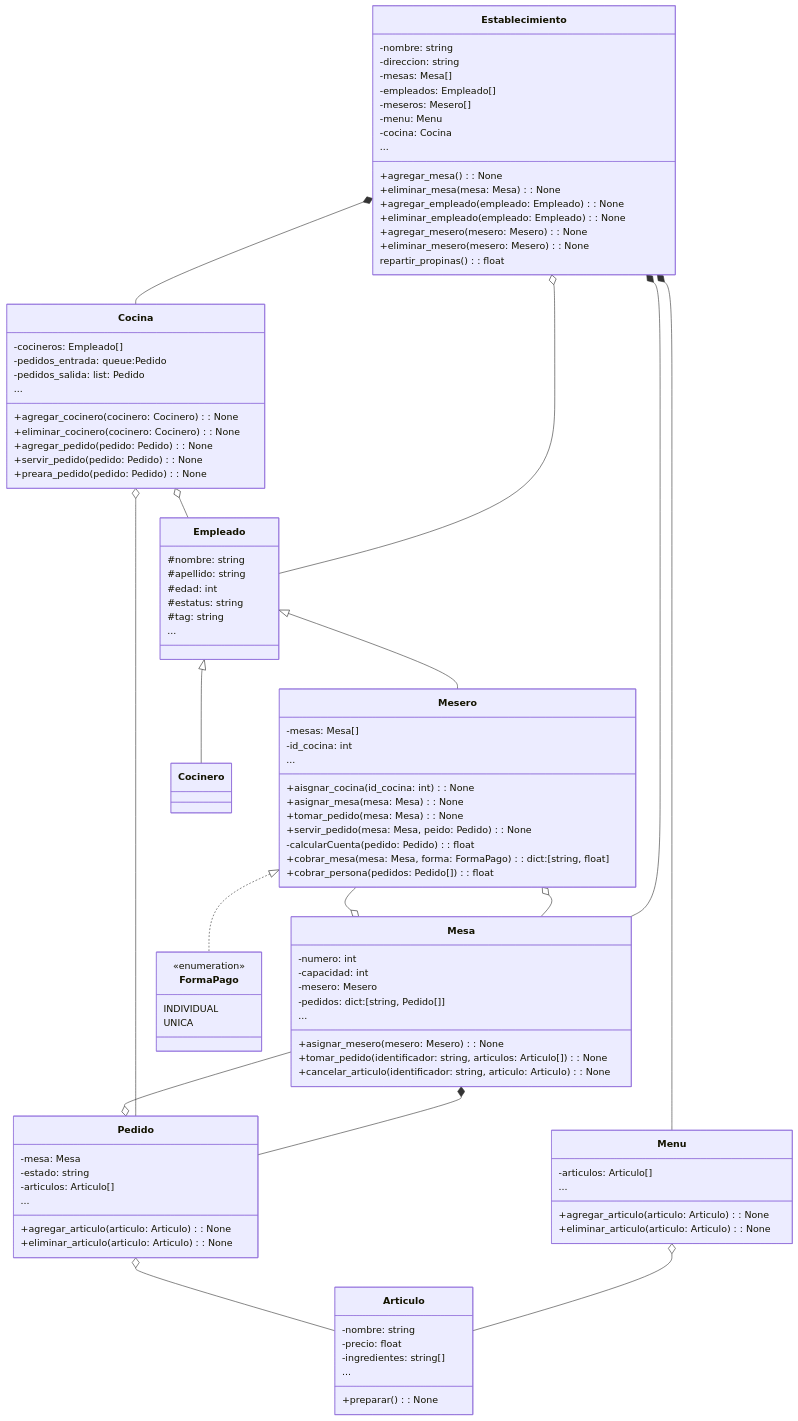
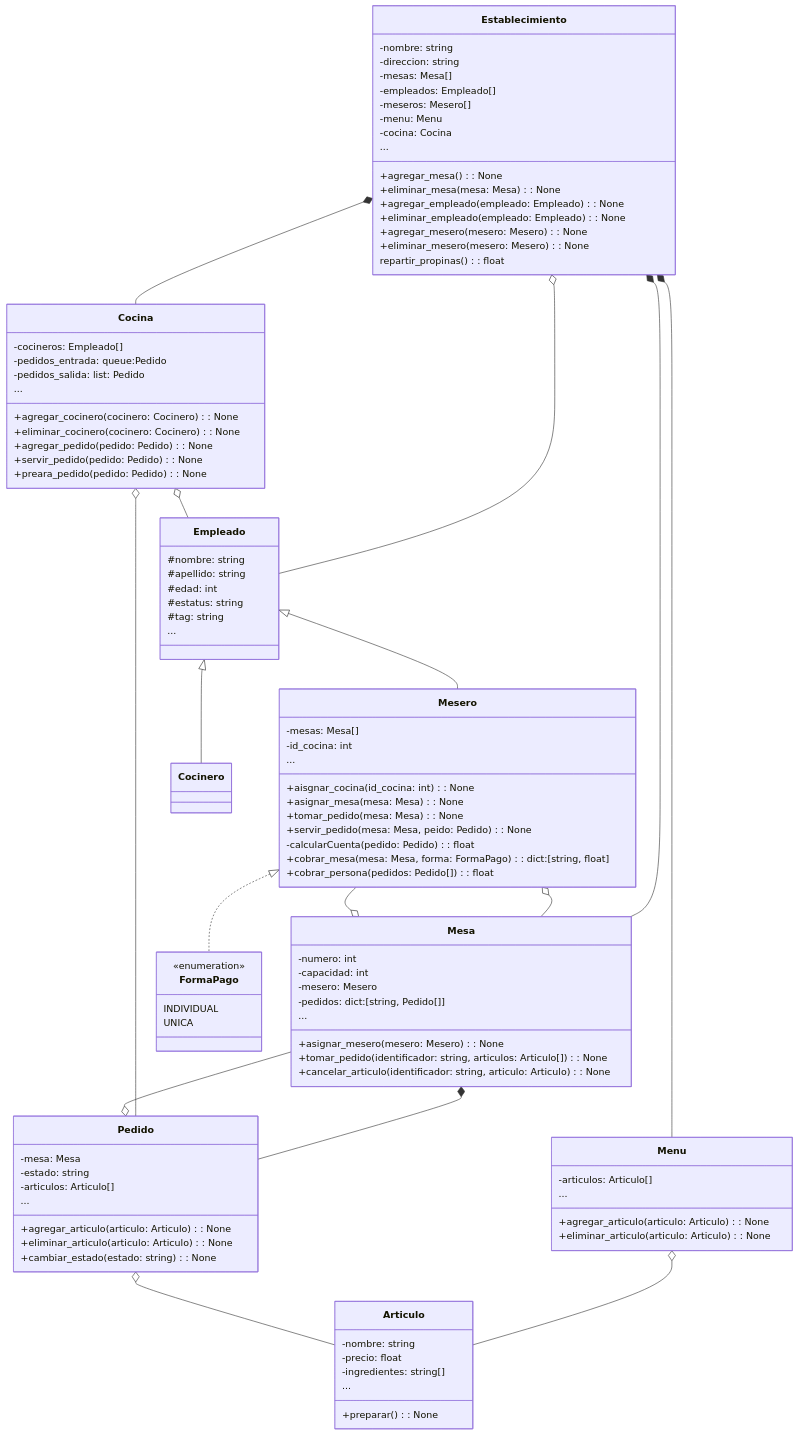
The diagram in UML.md (joseAcevesG/SOFT_RESTAURANT), drawn with Mermaid before and after one commit.

Commit message:
UML 1.10

```diff
--- a/UML.md
+++ b/UML.md
@@ -49,6 +49,7 @@
         -articulos: Articulo[]
         +agregar_articulo(articulo: Articulo): None
         +eliminar_articulo(articulo: Articulo): None
+        +cambiar_estado(estado: string): None
         ...
     }
 
```
